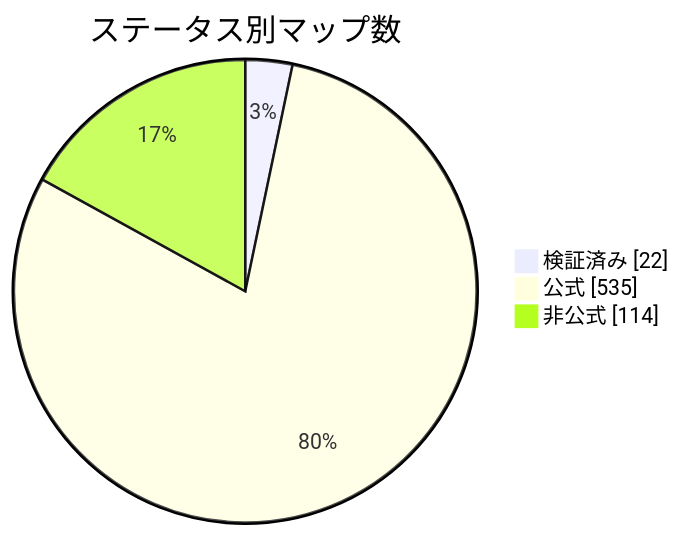
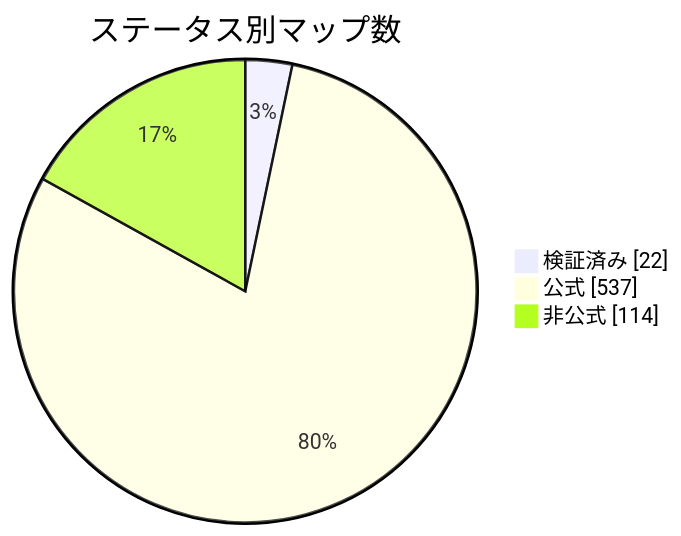
Before and after one commit to nobrega8/mbmap-library: the diagram in docs/readme/README_JP.md, drawn with Mermaid. The commit also changed 7 other files, not shown here.

````diff
--- a/docs/readme/README_JP.md
+++ b/docs/readme/README_JP.md
@@ -54,7 +54,7 @@
 ```mermaid
 pie showData
     title ステータス別マップ数
     "検証済み" : 22
-    "公式" : 535
+    "公式" : 537
     "非公式" : 114
 ```
````
